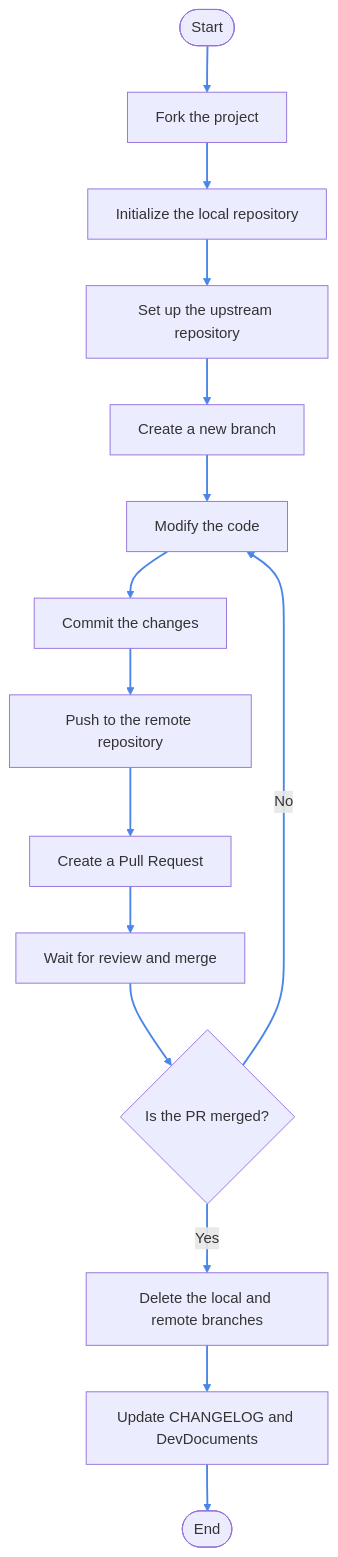
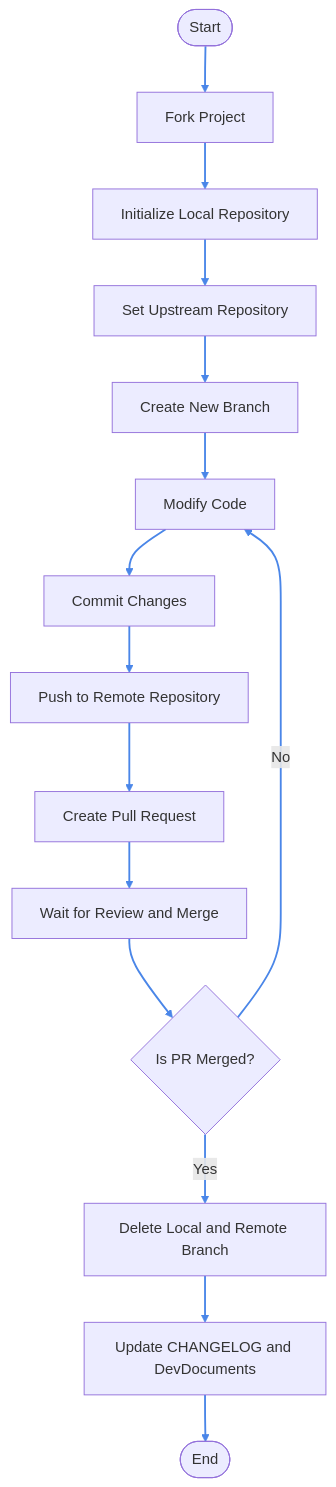
The diagram in docs/en/doc/cooperation.md (CrychicTeam/CrychicDoc), drawn with Mermaid before and after one commit. The commit also changed other lines of this file and 1 other file, not shown here.

````diff
--- a/docs/en/doc/cooperation.md
+++ b/docs/en/doc/cooperation.md
@@ -101,23 +140,23 @@
 ```mermaid
 graph TD
-    A([Start]) --> B[Fork the project]
-    B --> C[Initialize the local repository]
-    C --> D[Set up the upstream repository]
-    D --> E[Create a new branch]
-    E --> F[Modify the code]
-    F --> G[Commit the changes]
-    G --> H[Push to the remote repository]
-    H --> I[Create a Pull Request]
-    I --> J[Wait for review and merge]
-    J --> K{Is the PR merged?}
-    K -->|Yes| L[Delete the local and remote branches]
-    K -->|No| F
-    L --> M[Update CHANGELOG and DevDocuments]
-    M --> N([End])
+  A([Start]) --> B[Fork Project]
+  B --> C[Initialize Local Repository]
+  C --> D[Set Upstream Repository]
+  D --> E[Create New Branch]
+  E --> F[Modify Code]
+  F --> G[Commit Changes]
+  G --> H[Push to Remote Repository]
+  H --> I[Create Pull Request]
+  I --> J[Wait for Review and Merge]
+  J --> K{Is PR Merged?}
+  K -->|Yes| L[Delete Local and Remote Branch]
+  K -->|No| F
+  L --> M[Update CHANGELOG and DevDocuments]
+  M --> N([End])
 
-    class A,N fill:#e6f3ff,stroke:#4a86e8,stroke-width:2px
-    class B,C,D,E,F,G,H,I,J,L,M fill:#fff2cc,stroke:#d6b656,stroke-width:2px
-    class K fill:#d5e8d4,stroke:#82b366,stroke-width:2px
+  class A,N fill:#e6f3ff,stroke:#4a86e8,stroke-width:2px
+  class B,C,D,E,F,G,H,I,J,L,M fill:#fff2cc,stroke:#d6b656,stroke-width:2px
+  class K fill:#d5e8d4,stroke:#82b366,stroke-width:2px
 
-    linkStyle default stroke:#4a86e8,stroke-width:2px
+  linkStyle default stroke:#4a86e8,stroke-width:2px
 ```
````
